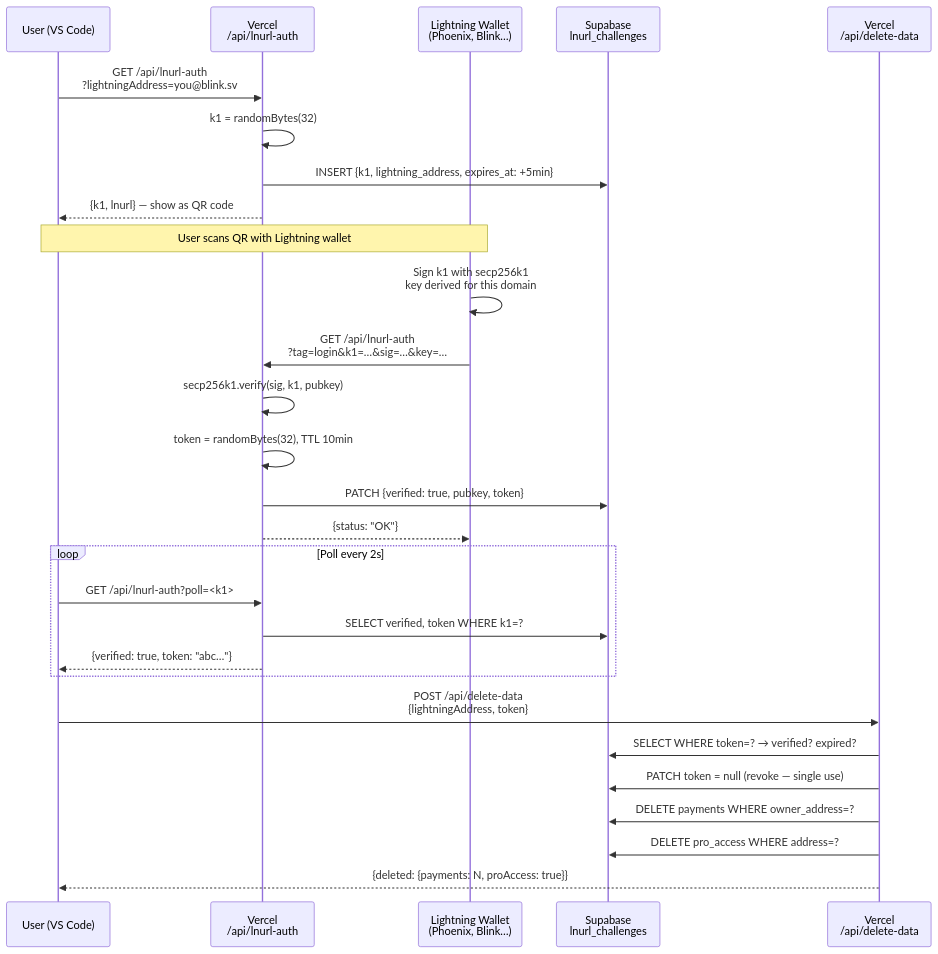
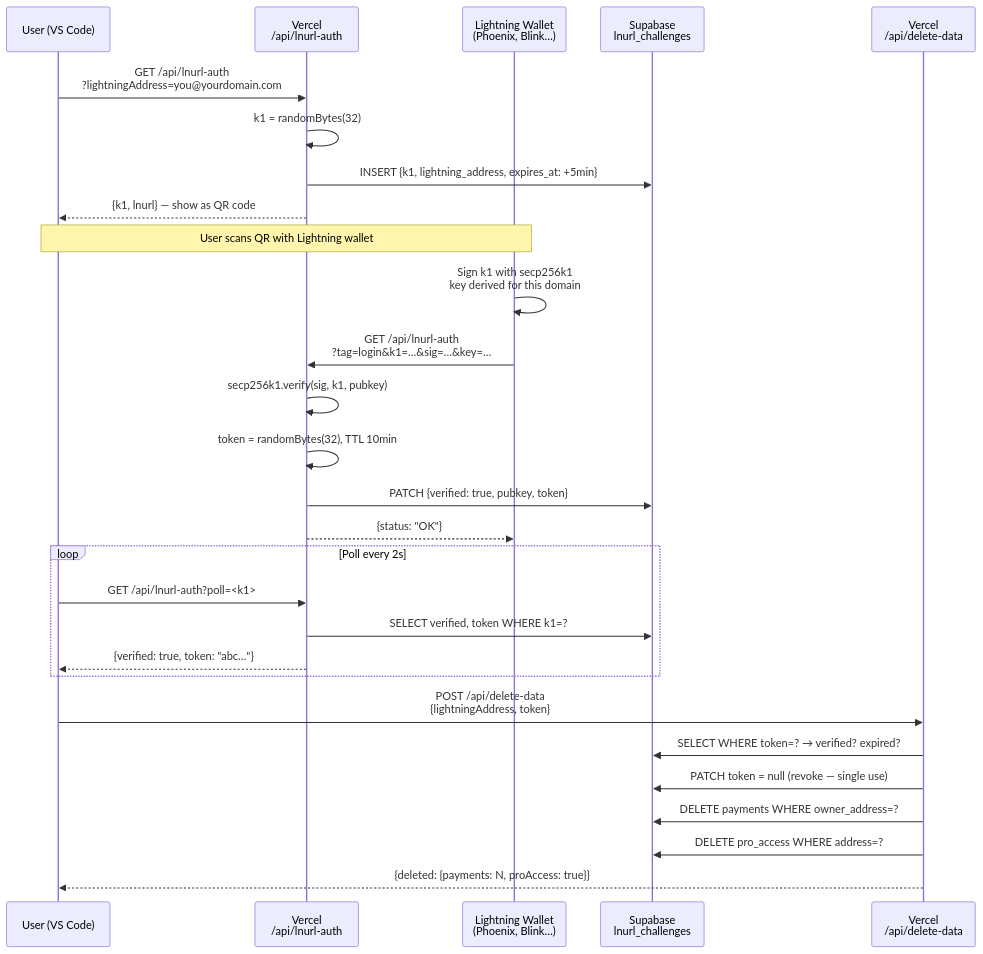
Before and after one commit to ShinyDapps/l402-kit: the fifth of 8 diagrams in docs/guides/flows.mdx, drawn with Mermaid. The commit also changed other lines of this file and 44 other files, not shown here.

````diff
--- a/docs/guides/flows.mdx
+++ b/docs/guides/flows.mdx
@@ -119,34 +119,34 @@
 ```mermaid
 sequenceDiagram
     participant U as User (VS Code)
     participant V as Vercel<br/>/api/lnurl-auth
     participant W as Lightning Wallet<br/>(Phoenix, Blink…)
     participant S as Supabase<br/>lnurl_challenges
     participant D as Vercel<br/>/api/delete-data
 
-    U->>V: GET /api/lnurl-auth<br/>?lightningAddress=you@blink.sv
+    U->>V: GET /api/lnurl-auth<br/>?lightningAddress=you@yourdomain.com
     V->>V: k1 = randomBytes(32)
     V->>S: INSERT {k1, lightning_address, expires_at: +5min}
     V-->>U: {k1, lnurl} — show as QR code
 
     Note over U,W: User scans QR with Lightning wallet
     W->>W: Sign k1 with secp256k1<br/>key derived for this domain
     W->>V: GET /api/lnurl-auth<br/>?tag=login&k1=…&sig=…&key=…
     V->>V: secp256k1.verify(sig, k1, pubkey)
     V->>V: token = randomBytes(32), TTL 10min
     V->>S: PATCH {verified: true, pubkey, token}
     V-->>W: {status: "OK"}
 
     loop Poll every 2s
         U->>V: GET /api/lnurl-auth?poll=<k1>
         V->>S: SELECT verified, token WHERE k1=?
         V-->>U: {verified: true, token: "abc…"}
     end
 
     U->>D: POST /api/delete-data<br/>{lightningAddress, token}
     D->>S: SELECT WHERE token=? → verified? expired?
     D->>S: PATCH token = null (revoke — single use)
     D->>S: DELETE payments WHERE owner_address=?
     D->>S: DELETE pro_access WHERE address=?
     D-->>U: {deleted: {payments: N, proAccess: true}}
 ```
````
